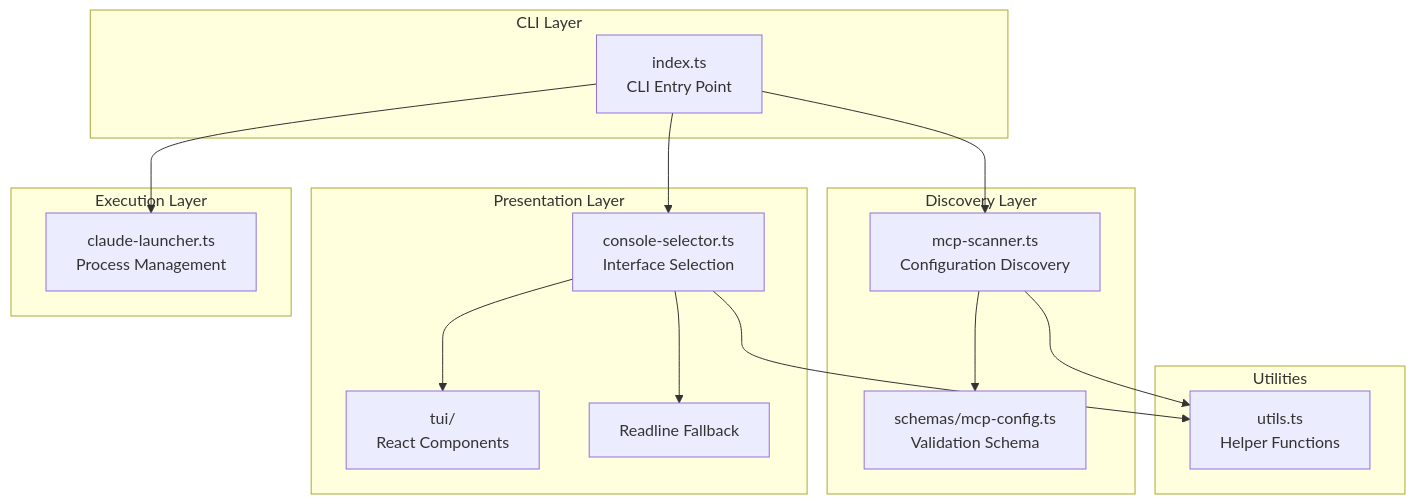
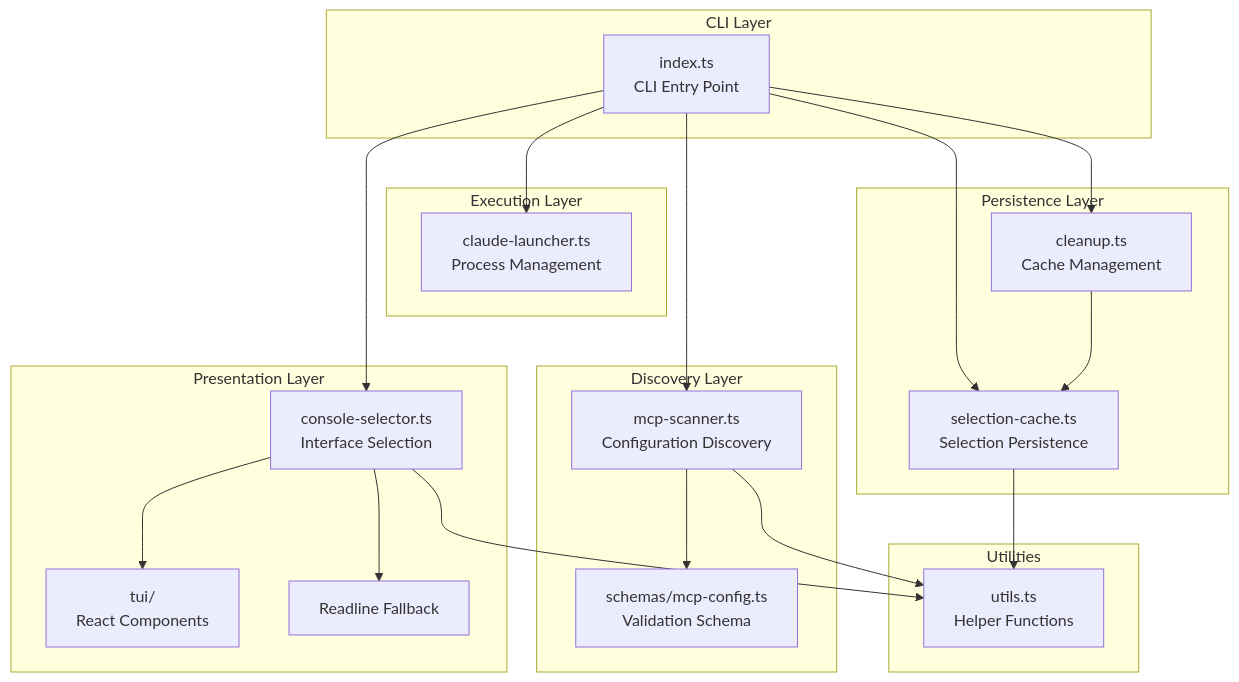
One commit to gsong/ccmcp changed the first of 5 diagrams in specs/architecture.md. Above: the diagram before and after it, drawn with Mermaid. The commit also changed other lines of this file and 8 other files, not shown here.

````diff
--- a/specs/architecture.md
+++ b/specs/architecture.md
@@ -44,34 +46,43 @@
 ```mermaid
 graph TB
     subgraph "CLI Layer"
         CLI[index.ts<br/>CLI Entry Point]
     end
 
     subgraph "Discovery Layer"
         Scanner[mcp-scanner.ts<br/>Configuration Discovery]
         Schema[schemas/mcp-config.ts<br/>Validation Schema]
     end
 
     subgraph "Presentation Layer"
         Selector[console-selector.ts<br/>Interface Selection]
         TUI[tui/<br/>React Components]
         Readline[Readline Fallback]
     end
 
     subgraph "Execution Layer"
         Launcher[claude-launcher.ts<br/>Process Management]
     end
 
+    subgraph "Persistence Layer"
+        Cache[selection-cache.ts<br/>Selection Persistence]
+        Cleanup[cleanup.ts<br/>Cache Management]
+    end
+
     subgraph "Utilities"
         Utils[utils.ts<br/>Helper Functions]
     end
 
     CLI --> Scanner
     CLI --> Selector
     CLI --> Launcher
+    CLI --> Cache
+    CLI --> Cleanup
     Scanner --> Schema
     Selector --> TUI
     Selector --> Readline
     Scanner --> Utils
     Selector --> Utils
+    Cache --> Utils
+    Cleanup --> Cache
 ```
````
